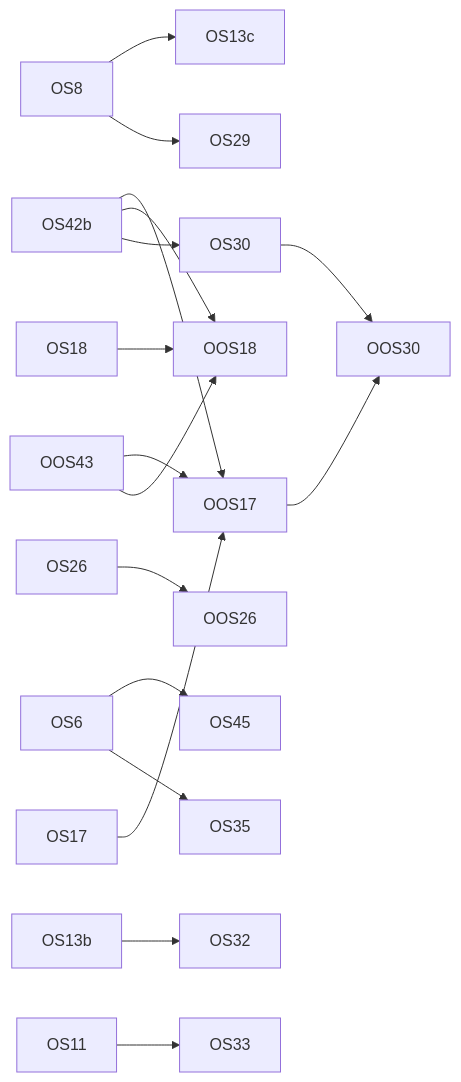
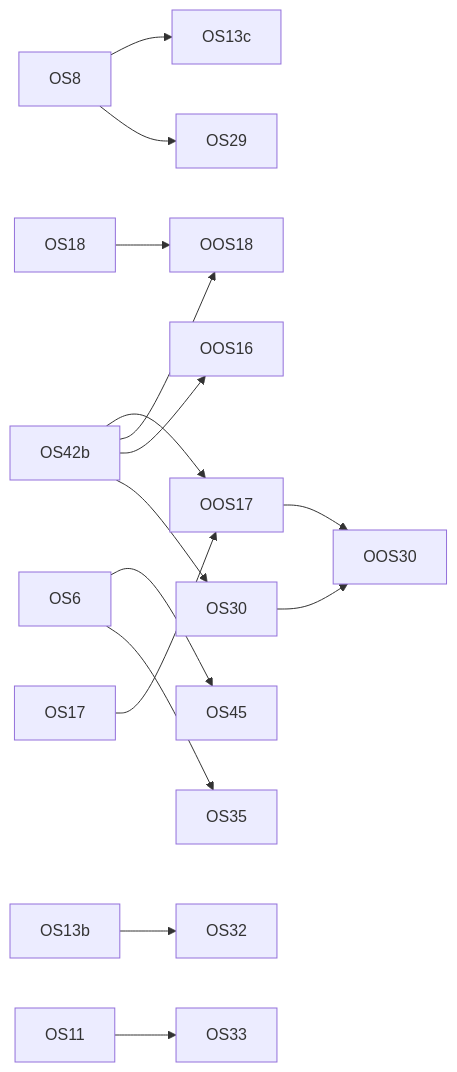
The diagram in PLAN_ORGANIC_SEARCH.md (diy-accounting-uk/submit.diyaccounting.co.uk), drawn with Mermaid before and after one commit. The commit also changed other lines of this file and 1 other file, not shown here.

First line of the commit message:
Board: the demo reviewer is seeded on prod; the letters are drafted; OOS16 has its go

````diff
--- a/PLAN_ORGANIC_SEARCH.md
+++ b/PLAN_ORGANIC_SEARCH.md
@@ -903,19 +901,17 @@
 ```mermaid
 flowchart LR
   OS6 --> OS45
   OS8 --> OS13c
-  OOS43 --> OOS17
-  OOS43 --> OOS18
   OS42b --> OOS17
   OS42b --> OOS18
   OS17 --> OOS17
   OS18 --> OOS18
-  OS26 --> OOS26
+  OS42b --> OOS16
   OS8 --> OS29
   OS30 --> OOS30
   OOS17 --> OOS30
   OS13b --> OS32
   OS42b --> OS30
   OS11 --> OS33
   OS6 --> OS35
 ```
````
